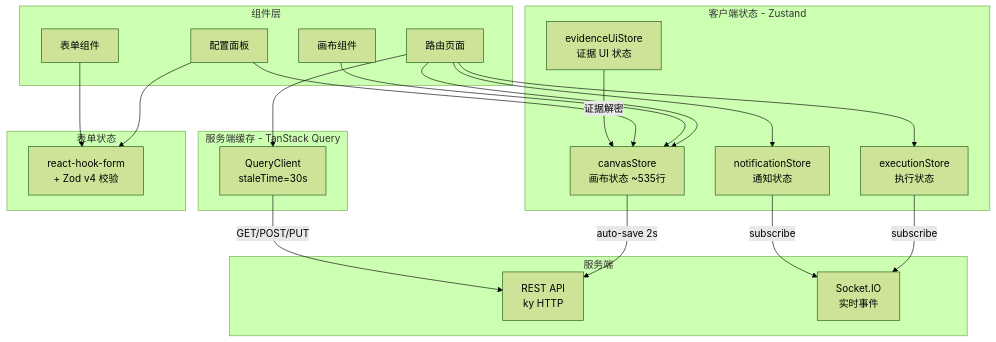
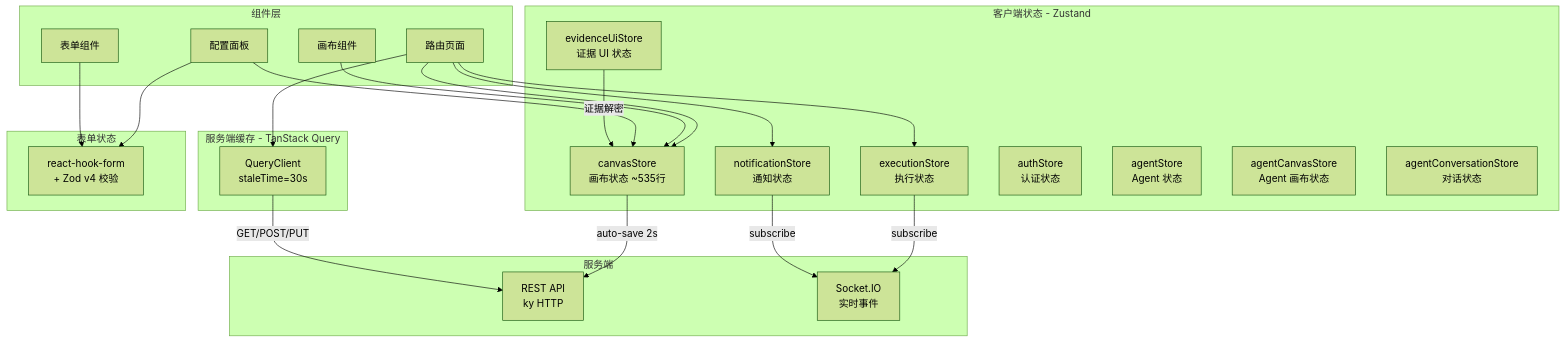
The diagram in agentloom-docs/zh/studio/state.md (Lynricsy/AgentLoom), drawn with Mermaid (forest theme) before and after one commit. The commit also changed other lines of this file and 25 other files, not shown here.

````diff
--- a/agentloom-docs/zh/studio/state.md
+++ b/agentloom-docs/zh/studio/state.md
@@ -7,44 +7,48 @@
 ```mermaid
 graph TB
     subgraph 组件层
         Page[路由页面]
         Canvas[画布组件]
         Panel[配置面板]
         Form[表单组件]
     end
 
     subgraph 客户端状态 - Zustand
         CS[canvasStore<br/>画布状态 ~535行]
         ES[executionStore<br/>执行状态]
         EVS[evidenceUiStore<br/>证据 UI 状态]
         NS[notificationStore<br/>通知状态]
+        AS[authStore<br/>认证状态]
+        AGS[agentStore<br/>Agent 状态]
+        ACS[agentCanvasStore<br/>Agent 画布状态]
+        ACVS[agentConversationStore<br/>对话状态]
     end
 
     subgraph 服务端缓存 - TanStack Query
         QC[QueryClient<br/>staleTime=30s]
     end
 
     subgraph 表单状态
         RHF[react-hook-form<br/>+ Zod v4 校验]
     end
 
     subgraph 服务端
         API[REST API<br/>ky HTTP]
         WS[Socket.IO<br/>实时事件]
     end
 
     Page --> CS
     Page --> QC
     Canvas --> CS
     Panel --> CS
     Panel --> RHF
     Form --> RHF
     Page --> ES
     Page --> NS
 
     CS -- "auto-save 2s" --> API
     QC -- "GET/POST/PUT" --> API
     ES -- "subscribe" --> WS
     NS -- "subscribe" --> WS
     EVS -- "证据解密" --> CS
 ```
````
